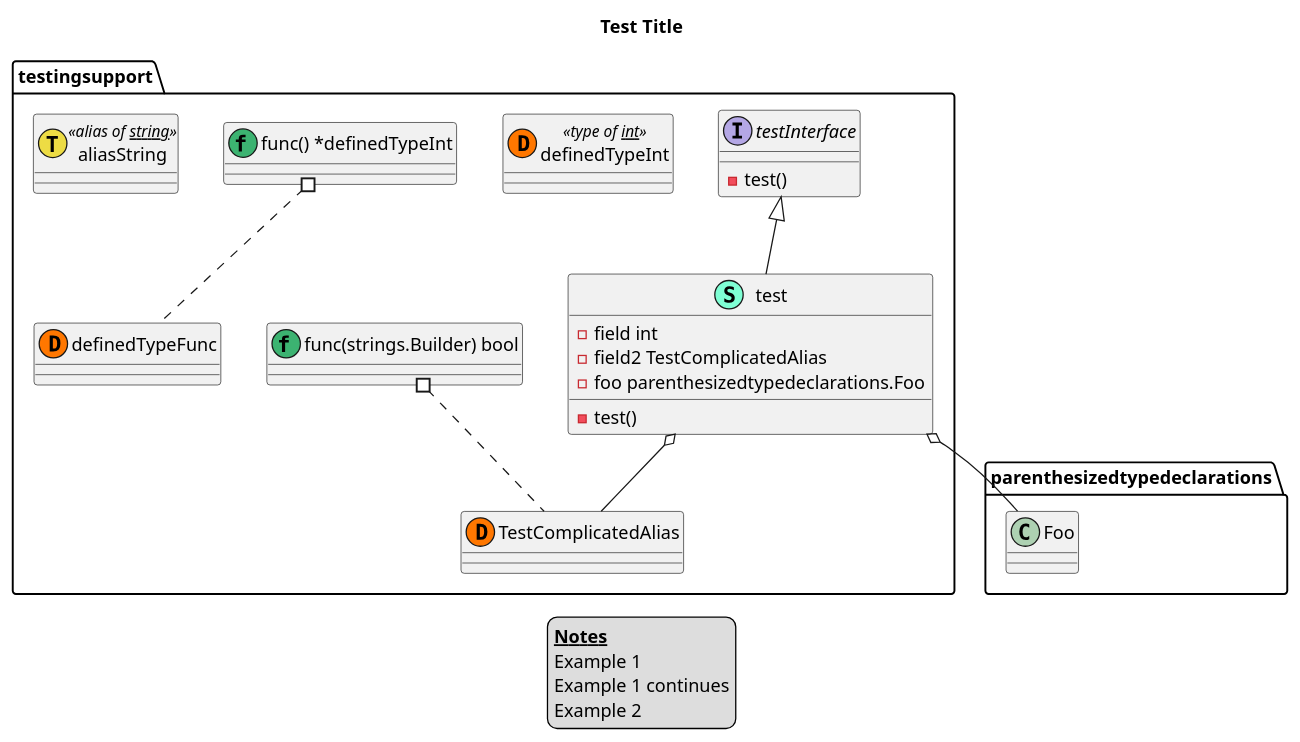
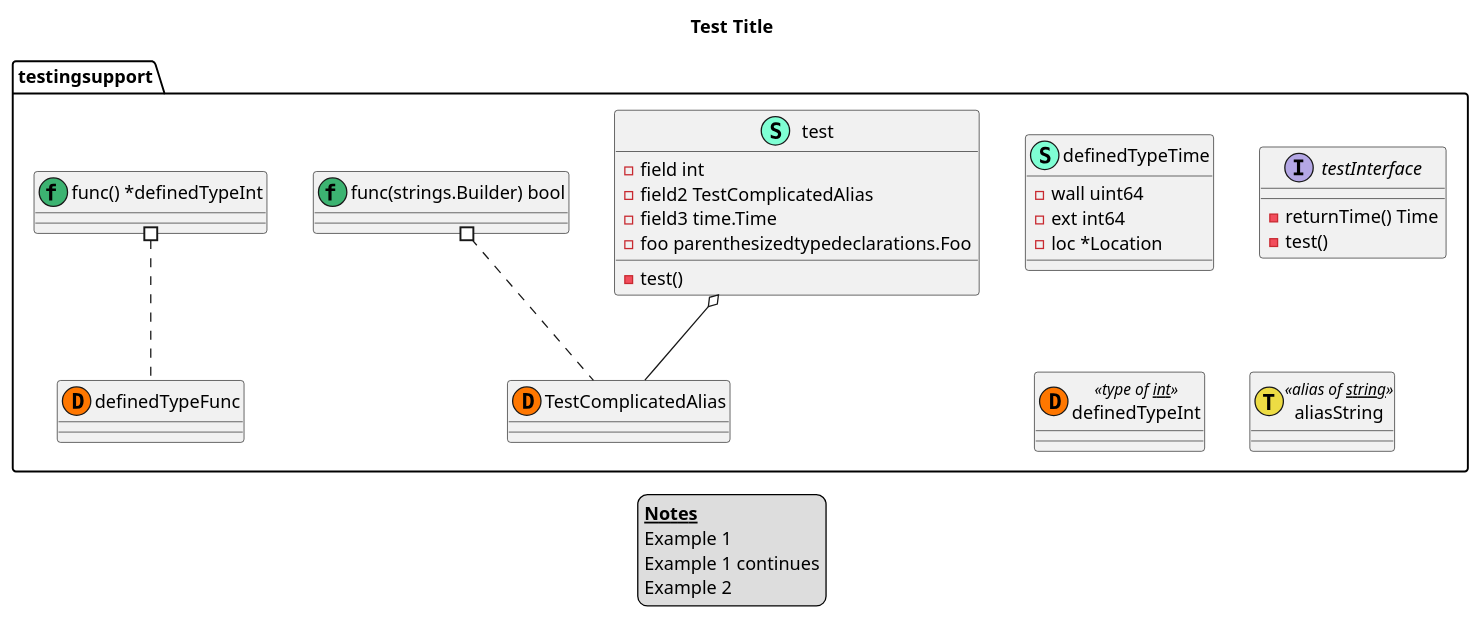
The diagram in testingsupport/testingsupport.puml (keisuke-m123/godiagramgen), drawn with PlantUML before and after one commit. The commit also changed 8 other files, not shown here.

```diff
--- a/testingsupport/testingsupport.puml
+++ b/testingsupport/testingsupport.puml
@@ -1,43 +1,48 @@
 @startuml
 title Test Title
 legend
 <b><u>Notes</u></b>
 Example 1
 Example 1 continues
 Example 2
 end legend
 namespace testingsupport {
+    class "definedTypeTime"  << (S,  7fffd4ff)  >> {
+        - wall uint64
+        - ext int64
+        - loc *Location
+    }
     class "test"  << (S,  7fffd4ff)  >> {
         - field int
         - field2 TestComplicatedAlias
+        - field3 time.Time
         - foo parenthesizedtypedeclarations.Foo
         - test() 
     }
     interface testInterface {
+        - returnTime() Time
         - test() 
     }
     class "TestComplicatedAlias"  << (D,  ff7700ff)  >> {
     }
     class "definedTypeFunc"  << (D,  ff7700ff)  >> {
     }
     class "definedTypeInt"  << (D,  ff7700ff) type of __int__ >> {
     }
 }
-"testingsupport.testInterface" <|-- "testingsupport.test"
-"testingsupport.test" o-- "parenthesizedtypedeclarations.Foo"
 "testingsupport.test" o-- "testingsupport.TestComplicatedAlias"
 namespace testingsupport {
     class "func(strings.Builder) bool" as funcstringsBuilderbool << (f,  3cb371ff)  >> {
     }
 }
 "testingsupport.funcstringsBuilderbool" #.. "testingsupport.TestComplicatedAlias"
 namespace testingsupport {
     class "func() *definedTypeInt" as func*definedTypeInt << (f,  3cb371ff)  >> {
     }
 }
 "testingsupport.func*definedTypeInt" #.. "testingsupport.definedTypeFunc"
 namespace testingsupport {
     class "aliasString"  << (T,  eddc44ff) alias of __string__ >> {
     }
 }
 @enduml
```
